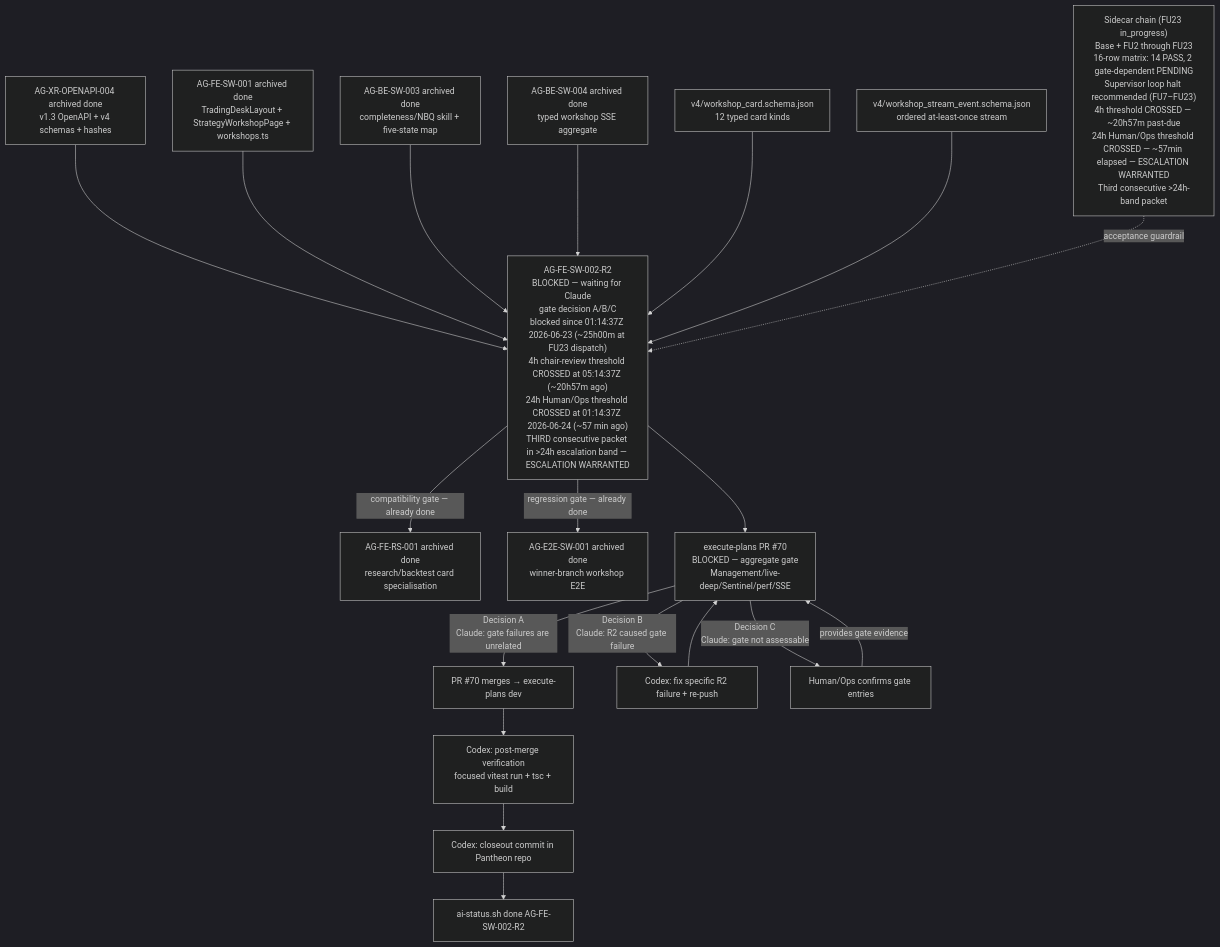
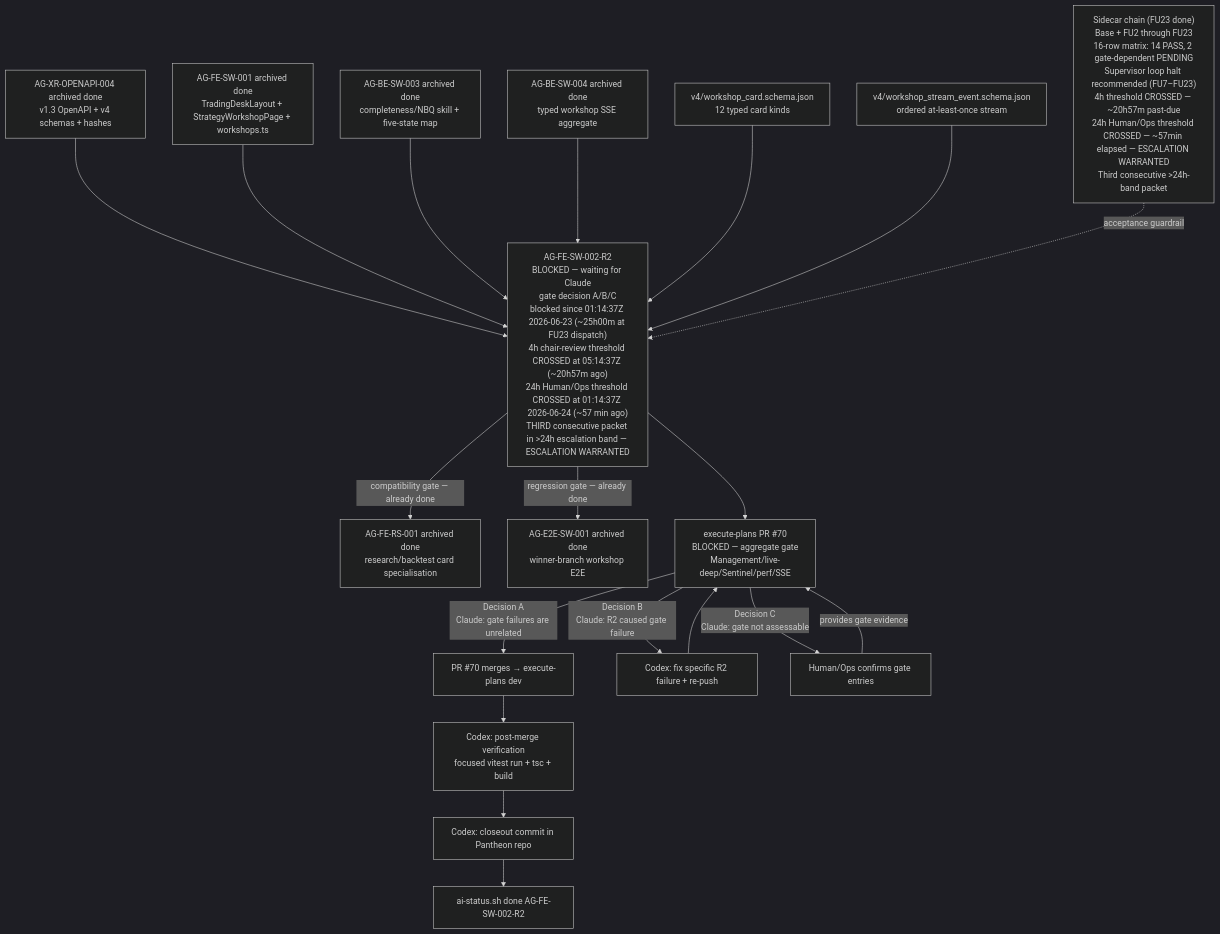
The diagram in support/sidecars/AG-FE-SW-002-R2/AG-FE-SW-002-R2-SIDECAR-ACCEPTANCE-FOLLOWUP-23.md (ajoe734/pantheon), drawn with Mermaid (dark theme) before and after one commit. The commit also changed other lines of this file, not shown here.

First line of the commit message:
AG-FE-SW-002-R2-SIDECAR-ACCEPTANCE-FOLLOWUP-23: record owner closeout

````diff
--- a/support/sidecars/AG-FE-SW-002-R2/AG-FE-SW-002-R2-SIDECAR-ACCEPTANCE-FOLLOWUP-23.md
+++ b/support/sidecars/AG-FE-SW-002-R2/AG-FE-SW-002-R2-SIDECAR-ACCEPTANCE-FOLLOWUP-23.md
@@ -293,28 +293,28 @@
 ```mermaid
 graph TD
     XR004["AG-XR-OPENAPI-004 archived done<br/>v1.3 OpenAPI + v4 schemas + hashes"] --> FESW002R2
     FESW001["AG-FE-SW-001 archived done<br/>TradingDeskLayout + StrategyWorkshopPage + workshops.ts"] --> FESW002R2
     BESW003["AG-BE-SW-003 archived done<br/>completeness/NBQ skill + five-state map"] --> FESW002R2
     BESW004["AG-BE-SW-004 archived done<br/>typed workshop SSE aggregate"] --> FESW002R2
     CardSchema["v4/workshop_card.schema.json<br/>12 typed card kinds"] --> FESW002R2
     StreamSchema["v4/workshop_stream_event.schema.json<br/>ordered at-least-once stream"] --> FESW002R2
 
     FESW002R2["AG-FE-SW-002-R2<br/>BLOCKED — waiting for Claude<br/>gate decision A/B/C<br/>blocked since 01:14:37Z 2026-06-23 (~25h00m at FU23 dispatch)<br/>4h chair-review threshold CROSSED at 05:14:37Z (~20h57m ago)<br/>24h Human/Ops threshold CROSSED at 01:14:37Z 2026-06-24 (~57 min ago)<br/>THIRD consecutive packet in >24h escalation band — ESCALATION WARRANTED"]
 
     FESW002R2 -->|"compatibility gate — already done"| FERS001["AG-FE-RS-001 archived done<br/>research/backtest card specialisation"]
     FESW002R2 -->|"regression gate — already done"| E2E["AG-E2E-SW-001 archived done<br/>winner-branch workshop E2E"]
     FESW002R2 --> PR70["execute-plans PR #70<br/>BLOCKED — aggregate gate<br/>Management/live-deep/Sentinel/perf/SSE"]
 
     PR70 -->|"Decision A<br/>Claude: gate failures are unrelated"| Merge["PR #70 merges → execute-plans dev"]
     PR70 -->|"Decision B<br/>Claude: R2 caused gate failure"| Fix["Codex: fix specific R2 failure + re-push"]
     PR70 -->|"Decision C<br/>Claude: gate not assessable"| HumanOps["Human/Ops confirms gate entries"]
 
     Fix --> PR70
     HumanOps -->|"provides gate evidence"| PR70
 
     Merge --> PostMerge["Codex: post-merge verification<br/>focused vitest run + tsc + build"]
     PostMerge --> CloseoutCommit["Codex: closeout commit in Pantheon repo"]
     CloseoutCommit --> Done["ai-status.sh done AG-FE-SW-002-R2"]
 
-    SidecarChain["Sidecar chain (FU23 in_progress)<br/>Base + FU2 through FU23<br/>16-row matrix: 14 PASS, 2 gate-dependent PENDING<br/>Supervisor loop halt recommended (FU7–FU23)<br/>4h threshold CROSSED — ~20h57m past-due<br/>24h Human/Ops threshold CROSSED — ~57min elapsed — ESCALATION WARRANTED<br/>Third consecutive >24h-band packet"] -.->|"acceptance guardrail"| FESW002R2
+    SidecarChain["Sidecar chain (FU23 done)<br/>Base + FU2 through FU23<br/>16-row matrix: 14 PASS, 2 gate-dependent PENDING<br/>Supervisor loop halt recommended (FU7–FU23)<br/>4h threshold CROSSED — ~20h57m past-due<br/>24h Human/Ops threshold CROSSED — ~57min elapsed — ESCALATION WARRANTED<br/>Third consecutive >24h-band packet"] -.->|"acceptance guardrail"| FESW002R2
 ```
````
